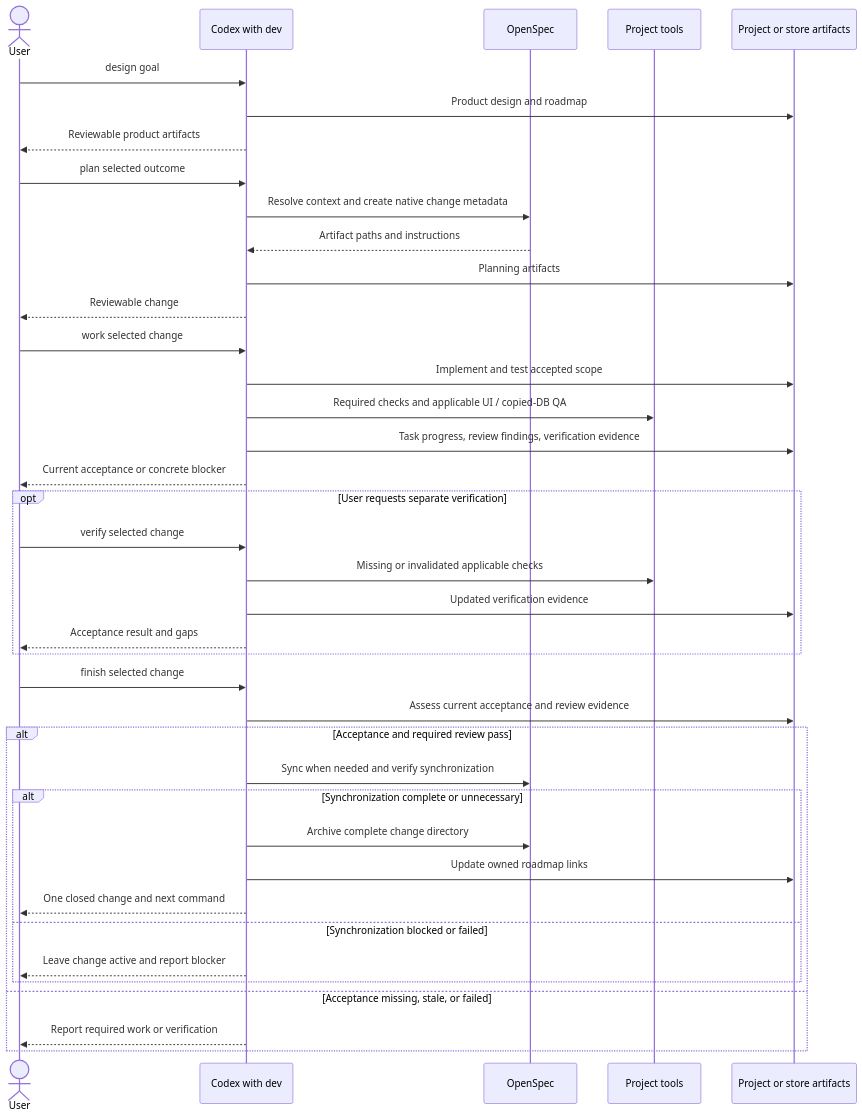
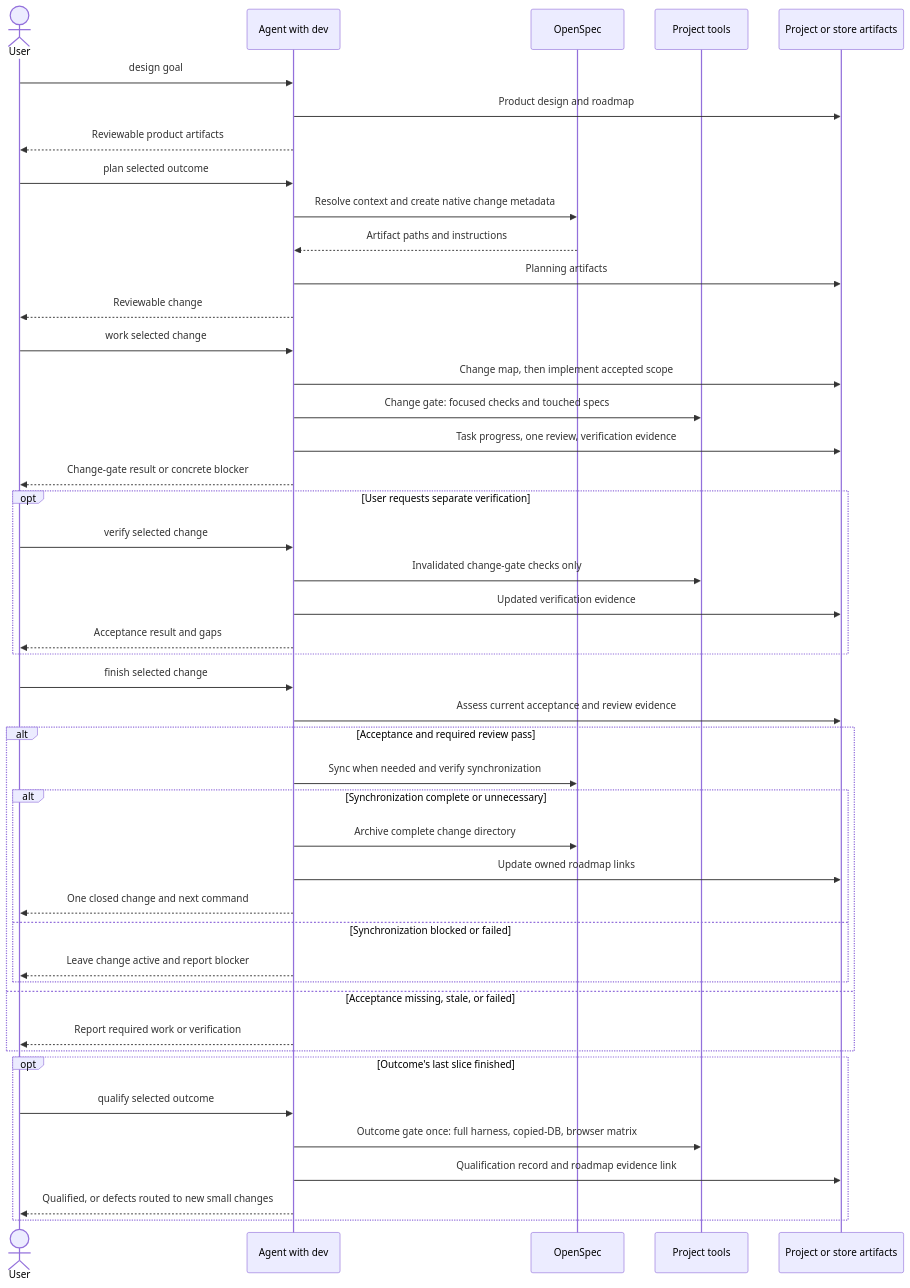
One commit to priteshpatel15/dev-command-library changed the diagram in skills/dev/references/architecture.md. Above: the diagram before and after it, drawn with Mermaid. The commit also changed other lines of this file and 12 other files, not shown here.

First line of the commit message:
Add speed rules: size budget, change map, single review, two-tier gates, qualify

````diff
--- a/skills/dev/references/architecture.md
+++ b/skills/dev/references/architecture.md
@@ -121,41 +127,47 @@
 ```mermaid
 sequenceDiagram
     actor User
-    participant Dev as Codex with dev
+    participant Dev as Agent with dev
     participant Spec as OpenSpec
     participant Tools as Project tools
     participant Files as Project or store artifacts
     User->>Dev: design goal
     Dev->>Files: Product design and roadmap
     Dev-->>User: Reviewable product artifacts
     User->>Dev: plan selected outcome
     Dev->>Spec: Resolve context and create native change metadata
     Spec-->>Dev: Artifact paths and instructions
     Dev->>Files: Planning artifacts
     Dev-->>User: Reviewable change
     User->>Dev: work selected change
-    Dev->>Files: Implement and test accepted scope
-    Dev->>Tools: Required checks and applicable UI / copied-DB QA
-    Dev->>Files: Task progress, review findings, verification evidence
-    Dev-->>User: Current acceptance or concrete blocker
+    Dev->>Files: Change map, then implement accepted scope
+    Dev->>Tools: Change gate: focused checks and touched specs
+    Dev->>Files: Task progress, one review, verification evidence
+    Dev-->>User: Change-gate result or concrete blocker
     opt User requests separate verification
         User->>Dev: verify selected change
-        Dev->>Tools: Missing or invalidated applicable checks
+        Dev->>Tools: Invalidated change-gate checks only
         Dev->>Files: Updated verification evidence
         Dev-->>User: Acceptance result and gaps
     end
     User->>Dev: finish selected change
     Dev->>Files: Assess current acceptance and review evidence
     alt Acceptance and required review pass
         Dev->>Spec: Sync when needed and verify synchronization
         alt Synchronization complete or unnecessary
             Dev->>Spec: Archive complete change directory
             Dev->>Files: Update owned roadmap links
             Dev-->>User: One closed change and next command
         else Synchronization blocked or failed
             Dev-->>User: Leave change active and report blocker
         end
     else Acceptance missing, stale, or failed
         Dev-->>User: Report required work or verification
     end
+    opt Outcome's last slice finished
+        User->>Dev: qualify selected outcome
+        Dev->>Tools: Outcome gate once: full harness, copied-DB, browser matrix
+        Dev->>Files: Qualification record and roadmap evidence link
+        Dev-->>User: Qualified, or defects routed to new small changes
+    end
 ```
````
